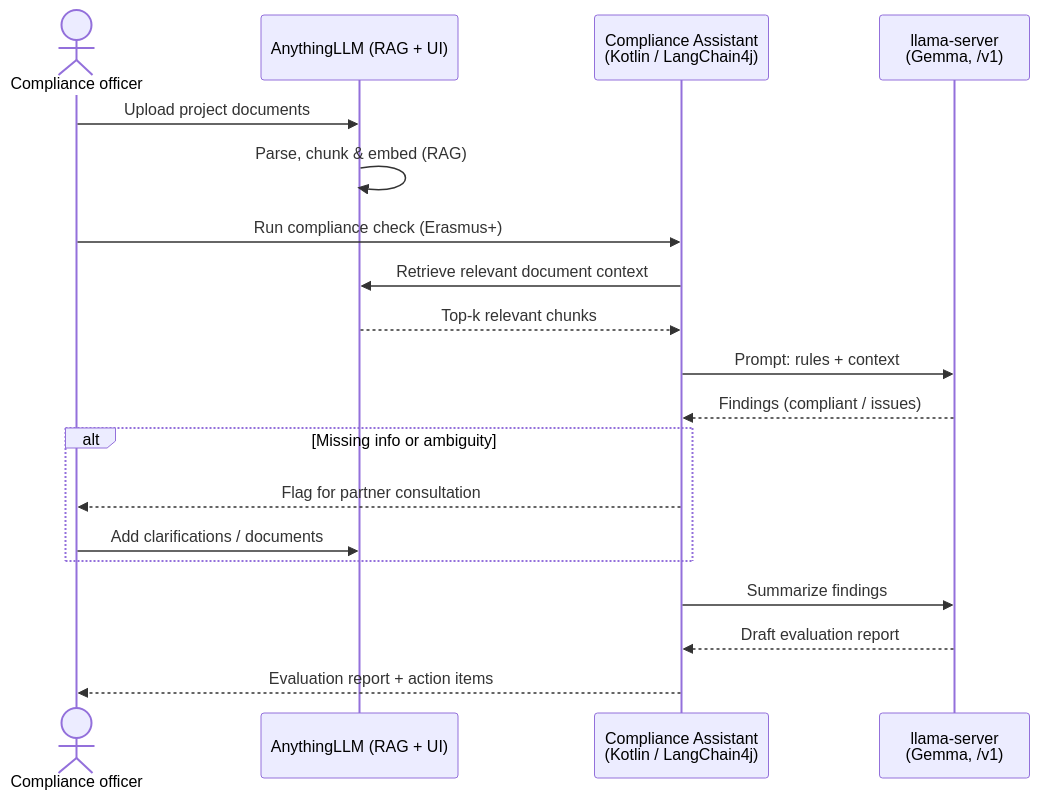
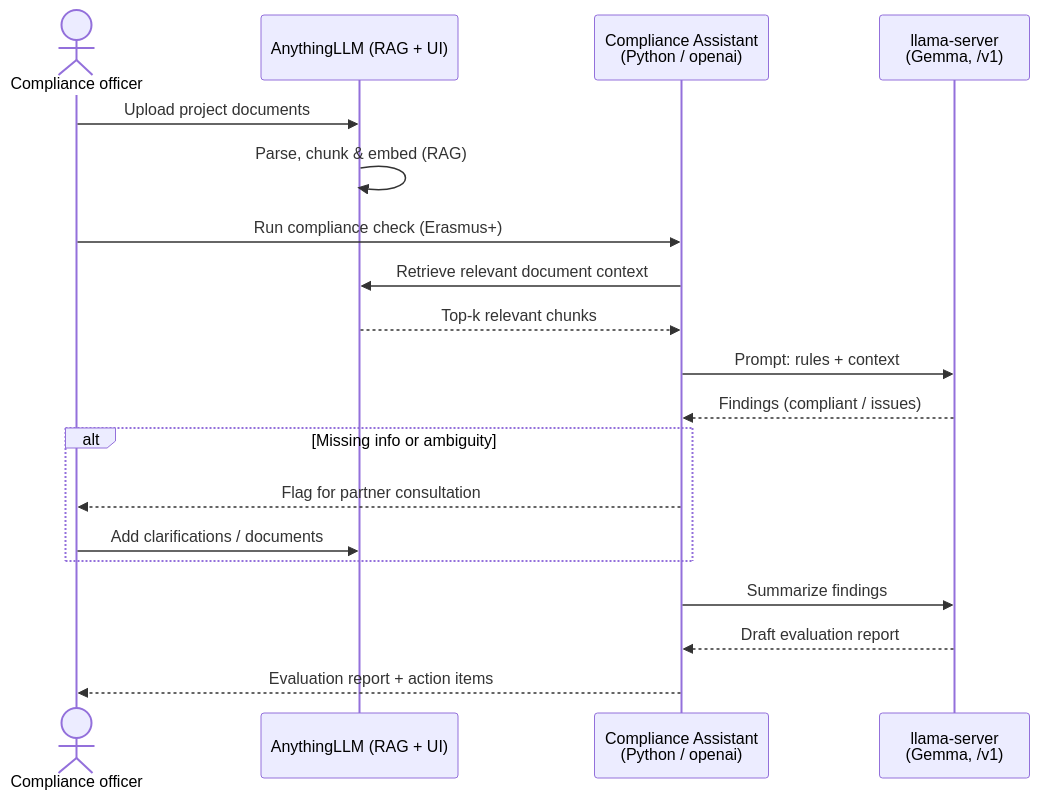
The fourth of 4 diagrams in docs/ARCHITECTURE.md (stutek/LocalCounsel), drawn with Mermaid before and after one commit. The commit also changed other lines of this file and 16 other files, not shown here.

First line of the commit message:
Port build + app from Gradle/Kotlin to Python + nox

````diff
--- a/docs/ARCHITECTURE.md
+++ b/docs/ARCHITECTURE.md
@@ -160,22 +160,22 @@
 ```mermaid
 sequenceDiagram
     actor Officer as Compliance officer
     participant UI as AnythingLLM (RAG + UI)
-    participant App as Compliance Assistant<br/>(Kotlin / LangChain4j)
+    participant App as Compliance Assistant<br/>(Python / openai)
     participant LLM as llama-server<br/>(Gemma, /v1)
 
     Officer->>UI: Upload project documents
     UI->>UI: Parse, chunk & embed (RAG)
     Officer->>App: Run compliance check (Erasmus+)
     App->>UI: Retrieve relevant document context
     UI-->>App: Top-k relevant chunks
     App->>LLM: Prompt: rules + context
     LLM-->>App: Findings (compliant / issues)
     alt Missing info or ambiguity
         App-->>Officer: Flag for partner consultation
         Officer->>UI: Add clarifications / documents
     end
     App->>LLM: Summarize findings
     LLM-->>App: Draft evaluation report
     App-->>Officer: Evaluation report + action items
 ```
````
